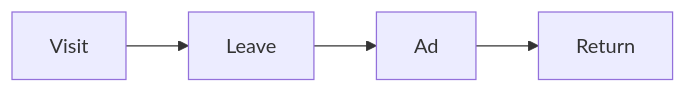
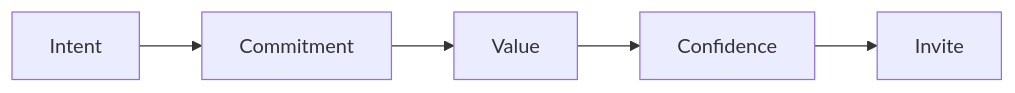
One commit to redrhino-online/red-canon changed the fifth of 5 diagrams in docs/method/engage-opportunity.md. Above: the diagram before and after it, drawn with Mermaid. The commit also changed other lines of this file and 8 other files, not shown here.

````diff
--- a/docs/method/engage-opportunity.md
+++ b/docs/method/engage-opportunity.md
@@ -57,4 +70,4 @@
 ```mermaid
 flowchart LR
-    A[Visit] --> B[Leave] --> C[Ad] --> D[Return]
+    A[Intent] --> B[Commitment] --> C[Value] --> D[Confidence] --> E[Invite]
 ```
````
